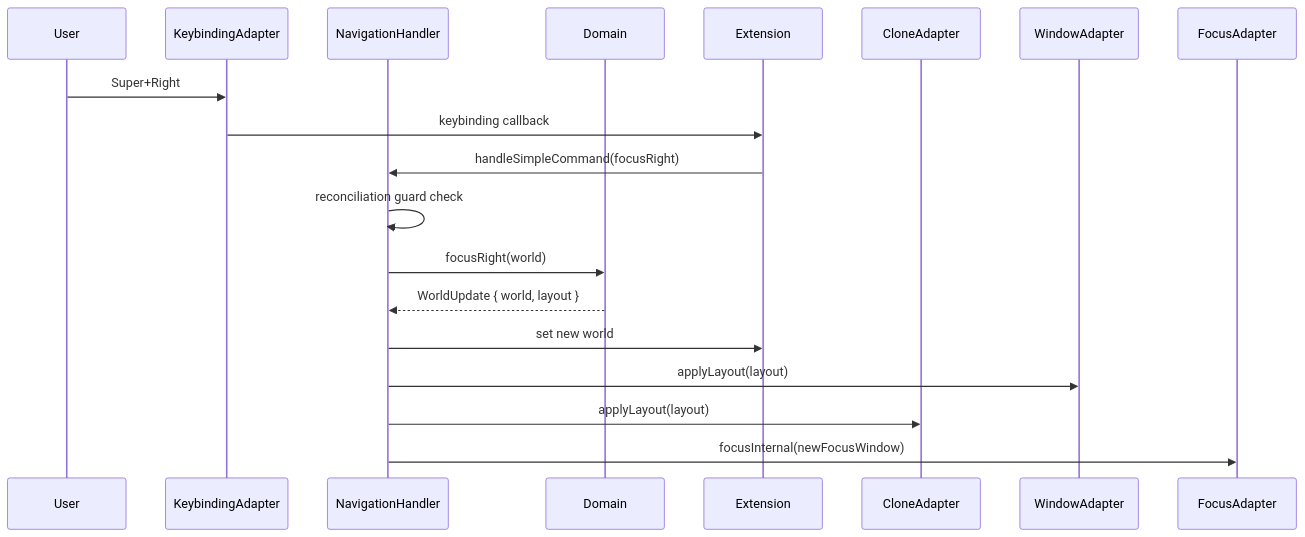
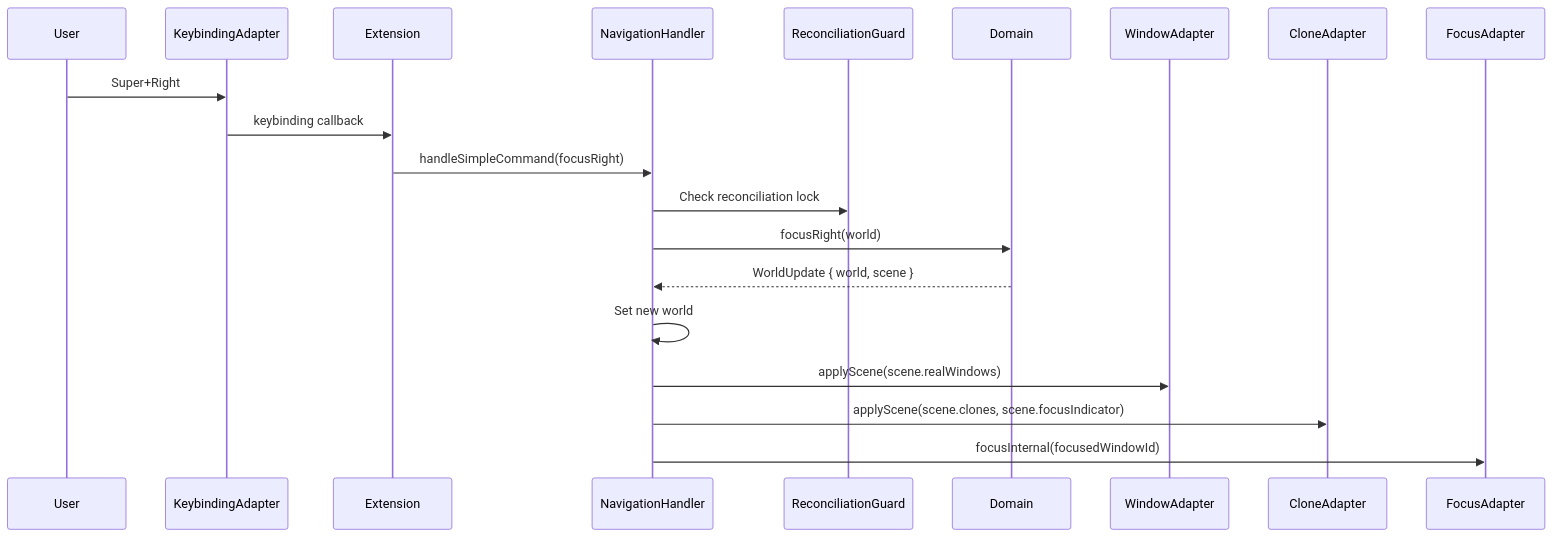
The seventh of 9 diagrams in docs/architecture.md (notiriel/kestrel), drawn with Mermaid before and after one commit. The commit also changed other lines of this file and 8 other files, not shown here.

First line of the commit message:
Eliminate LayoutState intermediate type, inline layout into scene computation

````diff
--- a/docs/architecture.md
+++ b/docs/architecture.md
@@ -355,23 +476,23 @@
 ```mermaid
 sequenceDiagram
     participant User
-    participant KeyA as KeybindingAdapter
+    participant KB as KeybindingAdapter
+    participant Ext as Extension
     participant NavH as NavigationHandler
+    participant Guard as ReconciliationGuard
     participant Domain
-    participant Ext as Extension
+    participant WinAdapt as WindowAdapter
     participant Clone as CloneAdapter
-    participant WinA as WindowAdapter
     participant Focus as FocusAdapter
 
-    User->>KeyA: Super+Right
-    KeyA->>Ext: keybinding callback
+    User->>KB: Super+Right
+    KB->>Ext: keybinding callback
     Ext->>NavH: handleSimpleCommand(focusRight)
-
-    NavH->>NavH: reconciliation guard check
+    NavH->>Guard: Check reconciliation lock
     NavH->>Domain: focusRight(world)
-    Domain-->>NavH: WorldUpdate { world, layout }
-    NavH->>Ext: set new world
-    NavH->>WinA: applyLayout(layout)
-    NavH->>Clone: applyLayout(layout)
-    NavH->>Focus: focusInternal(newFocusWindow)
+    Domain-->>NavH: WorldUpdate { world, scene }
+    NavH->>NavH: Set new world
+    NavH->>WinAdapt: applyScene(scene.realWindows)
+    NavH->>Clone: applyScene(scene.clones, scene.focusIndicator)
+    NavH->>Focus: focusInternal(focusedWindowId)
 ```
````
